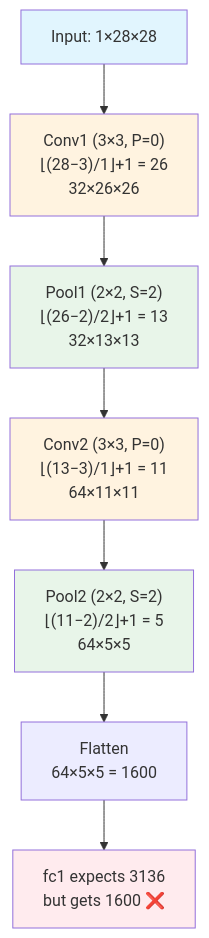
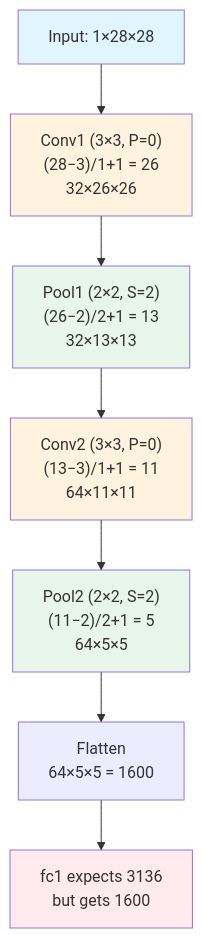
Before and after one commit to Vtheonly/Obsidian_Notes: the seventh of 8 diagrams in AI/Academic/Deep Learning/Cours/Chapter 2 - CNN/27. Exercises Solved and Explained.md, drawn with Mermaid. The commit also changed other lines of this file and 148 other files, not shown here.

````diff
--- a/AI/Academic/Deep Learning/Cours/Chapter 2 - CNN/27. Exercises Solved and Explained.md
+++ b/AI/Academic/Deep Learning/Cours/Chapter 2 - CNN/27. Exercises Solved and Explained.md
@@ -1401,16 +1401,16 @@
 ```mermaid
 flowchart TD
-    A["Input: 1×28×28"] --> B["Conv1 (3×3, P=0)<br/>⌊(28−3)/1⌋+1 = 26<br/>32×26×26"]
-    B --> C["Pool1 (2×2, S=2)<br/>⌊(26−2)/2⌋+1 = 13<br/>32×13×13"]
-    C --> D["Conv2 (3×3, P=0)<br/>⌊(13−3)/1⌋+1 = 11<br/>64×11×11"]
-    D --> E["Pool2 (2×2, S=2)<br/>⌊(11−2)/2⌋+1 = 5<br/>64×5×5"]
+    A["Input: 1×28×28"] --> B["Conv1 (3×3, P=0)<br/>(28−3)/1+1 = 26<br/>32×26×26"]
+    B --> C["Pool1 (2×2, S=2)<br/>(26−2)/2+1 = 13<br/>32×13×13"]
+    C --> D["Conv2 (3×3, P=0)<br/>(13−3)/1+1 = 11<br/>64×11×11"]
+    D --> E["Pool2 (2×2, S=2)<br/>(11−2)/2+1 = 5<br/>64×5×5"]
     E --> F["Flatten<br/>64×5×5 = 1600"]
-    F --> G["fc1 expects 3136<br/>but gets 1600 ❌"]
+    F --> G["fc1 expects 3136<br/>but gets 1600 "]
 
     style A fill:#e1f5fe
     style B fill:#fff3e0
     style C fill:#e8f5e9
     style D fill:#fff3e0
     style E fill:#e8f5e9
     style G fill:#ffebee
 ```
````
